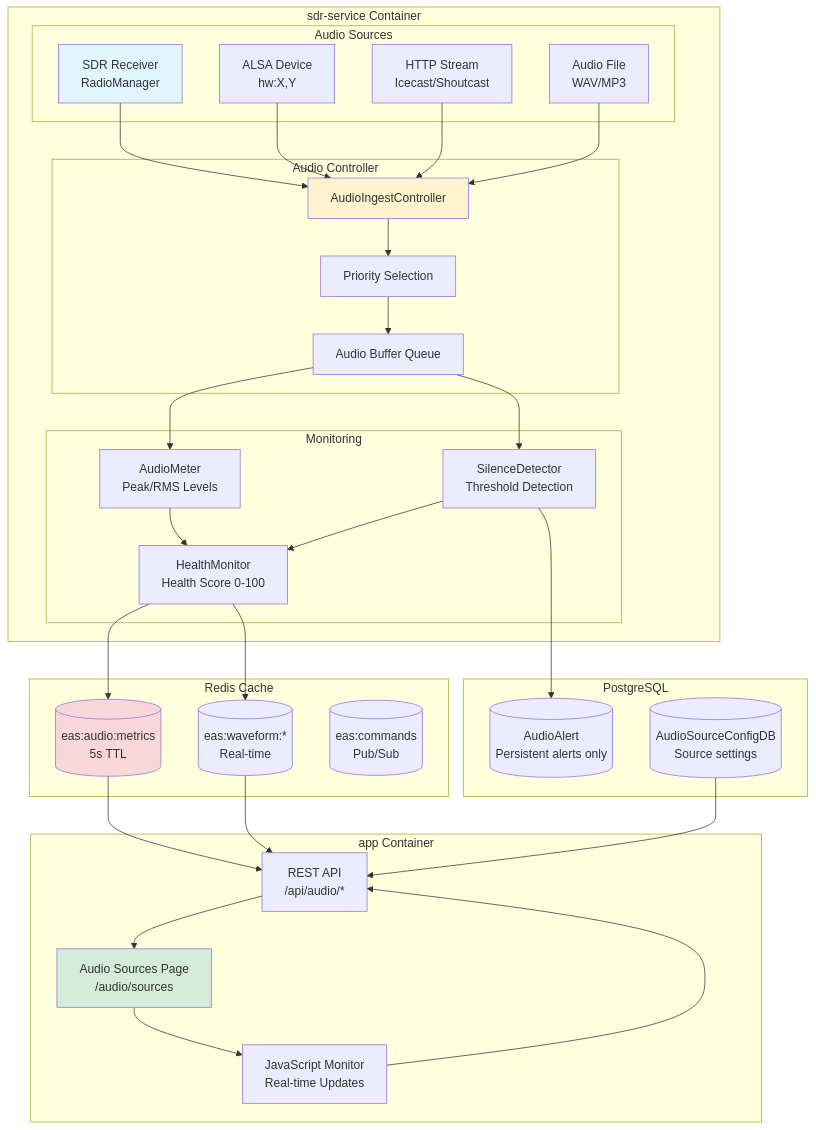
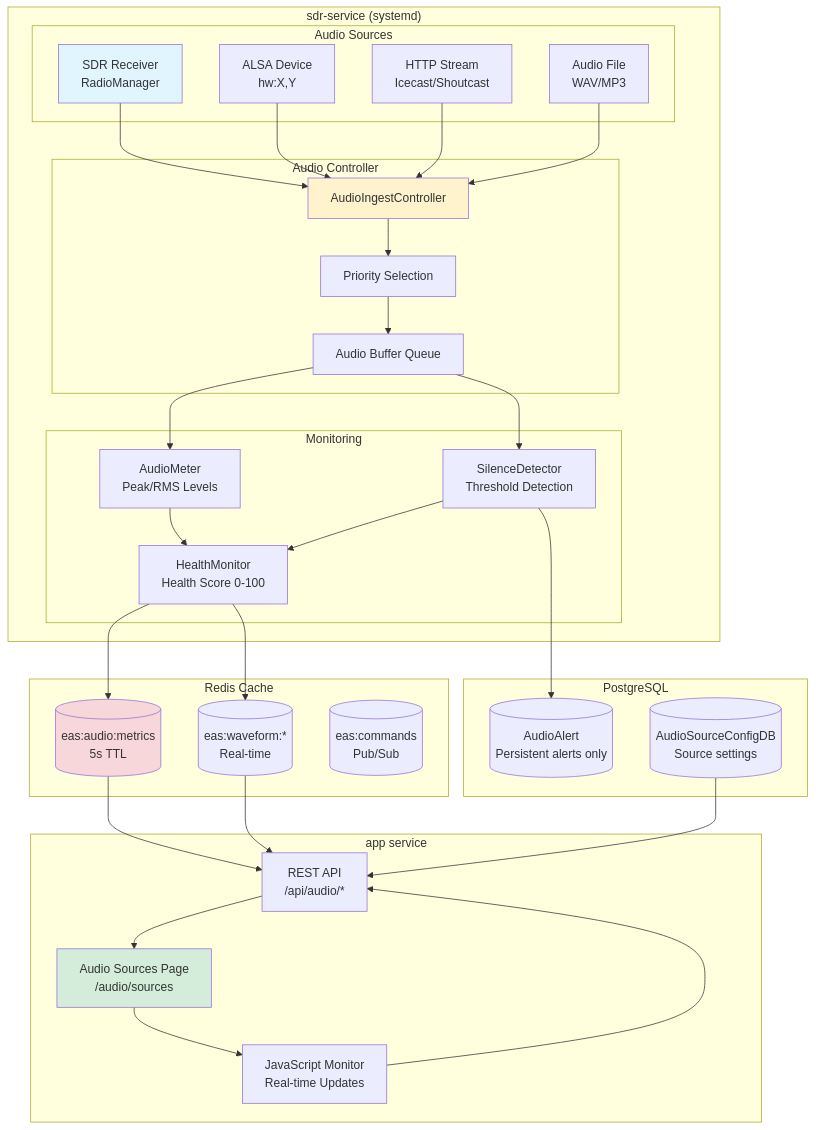
The sixth of 21 diagrams in docs/architecture/SYSTEM_ARCHITECTURE.md (chelstein/eas-station), drawn with Mermaid before and after one commit. The commit also changed other lines of this file and 4 other files, not shown here.

Commit message:
Update architecture docs: Remove Docker/container terminology, use systemd services

````diff
--- a/docs/architecture/SYSTEM_ARCHITECTURE.md
+++ b/docs/architecture/SYSTEM_ARCHITECTURE.md
@@ -324,69 +324,69 @@
 ```mermaid
 graph TB
-    subgraph "sdr-service Container"
+    subgraph "sdr-service (systemd)"
         subgraph "Audio Sources"
             SDR_SRC[SDR Receiver<br>RadioManager]
             ALSA_SRC[ALSA Device<br>hw:X,Y]
             HTTP_SRC[HTTP Stream<br>Icecast/Shoutcast]
             FILE_SRC[Audio File<br>WAV/MP3]
         end
 
         subgraph "Audio Controller"
             CONTROLLER[AudioIngestController]
             PRIORITY[Priority Selection]
             BUFFER[Audio Buffer Queue]
         end
 
         subgraph "Monitoring"
             METER[AudioMeter<br>Peak/RMS Levels]
             SILENCE[SilenceDetector<br>Threshold Detection]
             HEALTH[HealthMonitor<br>Health Score 0-100]
         end
     end
 
     subgraph "Redis Cache"
         METRICS[(eas:audio:metrics<br>5s TTL)]
         WAVEFORM[(eas:waveform:*<br>Real-time)]
         COMMANDS[(eas:commands<br>Pub/Sub)]
     end
 
-    subgraph "app Container"
+    subgraph "app service"
         UI[Audio Sources Page<br>/audio/sources]
         API[REST API<br>/api/audio/*]
         JS[JavaScript Monitor<br>Real-time Updates]
     end
 
     subgraph "PostgreSQL"
         ALERTS_DB[(AudioAlert<br>Persistent alerts only)]
         CONFIG_DB[(AudioSourceConfigDB<br>Source settings)]
     end
 
     %% Connections
     SDR_SRC --> CONTROLLER
     ALSA_SRC --> CONTROLLER
     HTTP_SRC --> CONTROLLER
     FILE_SRC --> CONTROLLER
 
     CONTROLLER --> PRIORITY
     PRIORITY --> BUFFER
     BUFFER --> METER
     BUFFER --> SILENCE
     METER --> HEALTH
     SILENCE --> HEALTH
 
     HEALTH --> METRICS
     HEALTH --> WAVEFORM
     SILENCE --> ALERTS_DB
 
     METRICS --> API
     WAVEFORM --> API
     CONFIG_DB --> API
     API --> UI
     UI --> JS
     JS --> API
 
     style SDR_SRC fill:#e1f5ff
     style CONTROLLER fill:#fff3cd
     style METRICS fill:#f8d7da
     style UI fill:#d4edda
 ```
````
